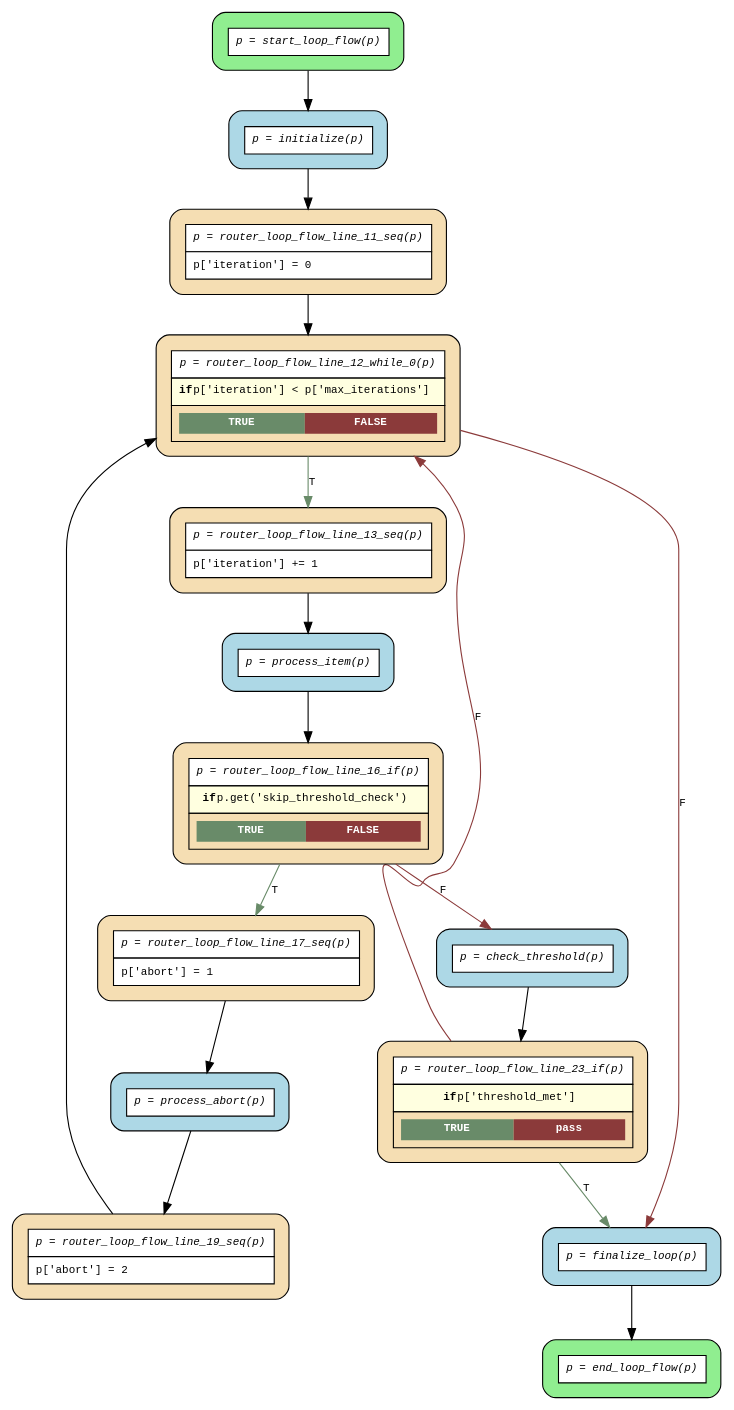
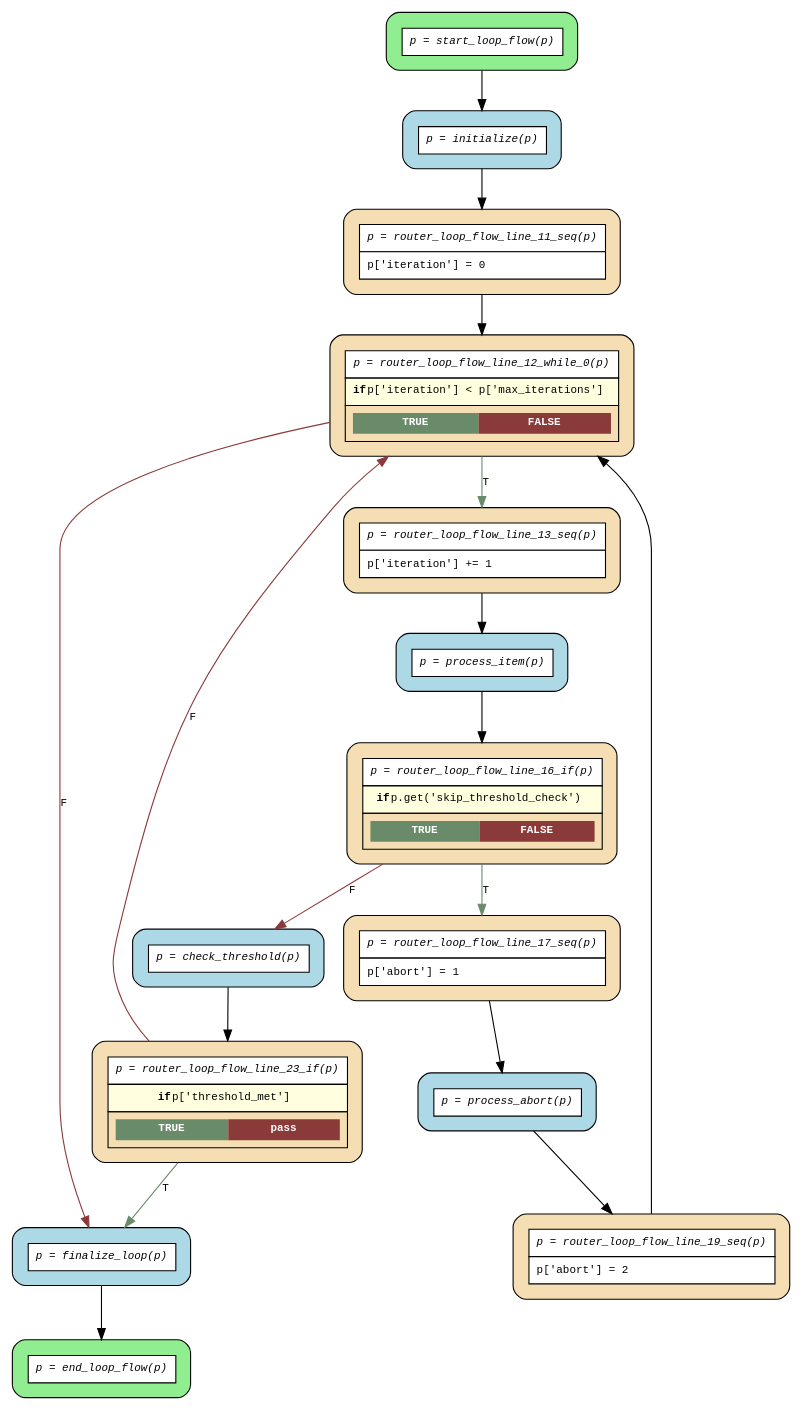
One commit to deliveryhero/asya changed the diagram in examples/flows/compiled/while_loop_processing/flow.dot. Above: the diagram before and after it, drawn with Graphviz. The commit also changed 71 other files, not shown here.

```diff
--- a/examples/flows/compiled/while_loop_processing/flow.dot
+++ b/examples/flows/compiled/while_loop_processing/flow.dot
@@ -1,38 +1,38 @@
 digraph flow {
   rankdir=TB;
   graph [fontname="Courier", fontsize=10];
   node [fontname="Courier", fontsize=10, shape=box, style="filled,rounded", margin="0.2"];
   edge [fontname="Courier", fontsize=10];
 
-  start_loop_flow [fillcolor="lightgreen", label=<<table border="0" cellspacing="0" cellpadding="6" cellborder="1"><tr><td bgcolor="white" align="center"><i>p = start_loop_flow(p)</i></td></tr></table>>];
-  router_loop_flow_line_19_seq [fillcolor="wheat", label=<<table border="0" cellspacing="0" cellpadding="6" cellborder="1"><tr><td bgcolor="white" align="center"><i>p = router_loop_flow_line_19_seq(p)</i></td></tr><tr><td bgcolor="white" align="left">p['abort'] = 2</td></tr></table>>];
-  router_loop_flow_line_17_seq [fillcolor="wheat", label=<<table border="0" cellspacing="0" cellpadding="6" cellborder="1"><tr><td bgcolor="white" align="center"><i>p = router_loop_flow_line_17_seq(p)</i></td></tr><tr><td bgcolor="white" align="left">p['abort'] = 1</td></tr></table>>];
-  router_loop_flow_line_23_if [fillcolor="wheat", label=<<table border="0" cellspacing="0" cellpadding="6" cellborder="1"><tr><td bgcolor="white" align="center"><i>p = router_loop_flow_line_23_if(p)</i></td></tr><tr><td bgcolor="lightyellow"><b>if</b> p['threshold_met']</td></tr><tr><td><table border="0" cellspacing="0" cellpadding="4"><tr><td bgcolor="darkseagreen4"><font color="white"><b>TRUE</b></font></td><td bgcolor="indianred4"><font color="white"><b>pass</b></font></td></tr></table></td></tr></table>>];
-  router_loop_flow_line_16_if [fillcolor="wheat", label=<<table border="0" cellspacing="0" cellpadding="6" cellborder="1"><tr><td bgcolor="white" align="center"><i>p = router_loop_flow_line_16_if(p)</i></td></tr><tr><td bgcolor="lightyellow"><b>if</b> p.get('skip_threshold_check')</td></tr><tr><td><table border="0" cellspacing="0" cellpadding="4"><tr><td bgcolor="darkseagreen4"><font color="white"><b>TRUE</b></font></td><td bgcolor="indianred4"><font color="white"><b>FALSE</b></font></td></tr></table></td></tr></table>>];
-  router_loop_flow_line_13_seq [fillcolor="wheat", label=<<table border="0" cellspacing="0" cellpadding="6" cellborder="1"><tr><td bgcolor="white" align="center"><i>p = router_loop_flow_line_13_seq(p)</i></td></tr><tr><td bgcolor="white" align="left">p['iteration'] += 1</td></tr></table>>];
-  router_loop_flow_line_12_while_0 [fillcolor="wheat", label=<<table border="0" cellspacing="0" cellpadding="6" cellborder="1"><tr><td bgcolor="white" align="center"><i>p = router_loop_flow_line_12_while_0(p)</i></td></tr><tr><td bgcolor="lightyellow"><b>if</b> p['iteration'] &lt; p['max_iterations']</td></tr><tr><td><table border="0" cellspacing="0" cellpadding="4"><tr><td bgcolor="darkseagreen4"><font color="white"><b>TRUE</b></font></td><td bgcolor="indianred4"><font color="white"><b>FALSE</b></font></td></tr></table></td></tr></table>>];
-  router_loop_flow_line_11_seq [fillcolor="wheat", label=<<table border="0" cellspacing="0" cellpadding="6" cellborder="1"><tr><td bgcolor="white" align="center"><i>p = router_loop_flow_line_11_seq(p)</i></td></tr><tr><td bgcolor="white" align="left">p['iteration'] = 0</td></tr></table>>];
-  end_loop_flow [fillcolor="lightgreen", label=<<table border="0" cellspacing="0" cellpadding="6" cellborder="1"><tr><td bgcolor="white" align="center"><i>p = end_loop_flow(p)</i></td></tr></table>>];
+  start_loop_flow [fillcolor="lightgreen", group="main", label=<<table border="0" cellspacing="0" cellpadding="6" cellborder="1"><tr><td bgcolor="white" align="center"><i>p = start_loop_flow(p)</i></td></tr></table>>];
+  router_loop_flow_line_19_seq [fillcolor="wheat", group="main", label=<<table border="0" cellspacing="0" cellpadding="6" cellborder="1"><tr><td bgcolor="white" align="center"><i>p = router_loop_flow_line_19_seq(p)</i></td></tr><tr><td bgcolor="white" align="left">p['abort'] = 2</td></tr></table>>];
+  router_loop_flow_line_17_seq [fillcolor="wheat", group="main", label=<<table border="0" cellspacing="0" cellpadding="6" cellborder="1"><tr><td bgcolor="white" align="center"><i>p = router_loop_flow_line_17_seq(p)</i></td></tr><tr><td bgcolor="white" align="left">p['abort'] = 1</td></tr></table>>];
+  router_loop_flow_line_23_if [fillcolor="wheat", group="main", label=<<table border="0" cellspacing="0" cellpadding="6" cellborder="1"><tr><td bgcolor="white" align="center"><i>p = router_loop_flow_line_23_if(p)</i></td></tr><tr><td bgcolor="lightyellow"><b>if</b> p['threshold_met']</td></tr><tr><td><table border="0" cellspacing="0" cellpadding="4"><tr><td bgcolor="darkseagreen4"><font color="white"><b>TRUE</b></font></td><td bgcolor="indianred4"><font color="white"><b>pass</b></font></td></tr></table></td></tr></table>>];
+  router_loop_flow_line_16_if [fillcolor="wheat", group="main", label=<<table border="0" cellspacing="0" cellpadding="6" cellborder="1"><tr><td bgcolor="white" align="center"><i>p = router_loop_flow_line_16_if(p)</i></td></tr><tr><td bgcolor="lightyellow"><b>if</b> p.get('skip_threshold_check')</td></tr><tr><td><table border="0" cellspacing="0" cellpadding="4"><tr><td bgcolor="darkseagreen4"><font color="white"><b>TRUE</b></font></td><td bgcolor="indianred4"><font color="white"><b>FALSE</b></font></td></tr></table></td></tr></table>>];
+  router_loop_flow_line_13_seq [fillcolor="wheat", group="main", label=<<table border="0" cellspacing="0" cellpadding="6" cellborder="1"><tr><td bgcolor="white" align="center"><i>p = router_loop_flow_line_13_seq(p)</i></td></tr><tr><td bgcolor="white" align="left">p['iteration'] += 1</td></tr></table>>];
+  router_loop_flow_line_12_while_0 [fillcolor="wheat", group="main", label=<<table border="0" cellspacing="0" cellpadding="6" cellborder="1"><tr><td bgcolor="white" align="center"><i>p = router_loop_flow_line_12_while_0(p)</i></td></tr><tr><td bgcolor="lightyellow"><b>if</b> p['iteration'] &lt; p['max_iterations']</td></tr><tr><td><table border="0" cellspacing="0" cellpadding="4"><tr><td bgcolor="darkseagreen4"><font color="white"><b>TRUE</b></font></td><td bgcolor="indianred4"><font color="white"><b>FALSE</b></font></td></tr></table></td></tr></table>>];
+  router_loop_flow_line_11_seq [fillcolor="wheat", group="main", label=<<table border="0" cellspacing="0" cellpadding="6" cellborder="1"><tr><td bgcolor="white" align="center"><i>p = router_loop_flow_line_11_seq(p)</i></td></tr><tr><td bgcolor="white" align="left">p['iteration'] = 0</td></tr></table>>];
+  end_loop_flow [fillcolor="lightgreen", group="main", label=<<table border="0" cellspacing="0" cellpadding="6" cellborder="1"><tr><td bgcolor="white" align="center"><i>p = end_loop_flow(p)</i></td></tr></table>>];
   check_threshold [fillcolor="lightblue", label=<<table border="0" cellspacing="0" cellpadding="6" cellborder="1"><tr><td bgcolor="white" align="center"><i>p = check_threshold(p)</i></td></tr></table>>];
   finalize_loop [fillcolor="lightblue", label=<<table border="0" cellspacing="0" cellpadding="6" cellborder="1"><tr><td bgcolor="white" align="center"><i>p = finalize_loop(p)</i></td></tr></table>>];
   initialize [fillcolor="lightblue", label=<<table border="0" cellspacing="0" cellpadding="6" cellborder="1"><tr><td bgcolor="white" align="center"><i>p = initialize(p)</i></td></tr></table>>];
   process_abort [fillcolor="lightblue", label=<<table border="0" cellspacing="0" cellpadding="6" cellborder="1"><tr><td bgcolor="white" align="center"><i>p = process_abort(p)</i></td></tr></table>>];
   process_item [fillcolor="lightblue", label=<<table border="0" cellspacing="0" cellpadding="6" cellborder="1"><tr><td bgcolor="white" align="center"><i>p = process_item(p)</i></td></tr></table>>];
 
   check_threshold -> router_loop_flow_line_23_if;
   finalize_loop -> end_loop_flow;
   initialize -> router_loop_flow_line_11_seq;
   process_abort -> router_loop_flow_line_19_seq;
   process_item -> router_loop_flow_line_16_if;
   router_loop_flow_line_11_seq -> router_loop_flow_line_12_while_0;
   router_loop_flow_line_12_while_0 -> finalize_loop [label="F", color=indianred4];
   router_loop_flow_line_12_while_0 -> router_loop_flow_line_13_seq [label="T", color=darkseagreen4];
   router_loop_flow_line_13_seq -> process_item;
   router_loop_flow_line_16_if -> check_threshold [label="F", color=indianred4];
   router_loop_flow_line_16_if -> router_loop_flow_line_17_seq [label="T", color=darkseagreen4];
   router_loop_flow_line_17_seq -> process_abort;
   router_loop_flow_line_19_seq -> router_loop_flow_line_12_while_0;
   router_loop_flow_line_23_if -> finalize_loop [label="T", color=darkseagreen4];
   router_loop_flow_line_23_if -> router_loop_flow_line_12_while_0 [label="F", color=indianred4, constraint=false];
   start_loop_flow -> initialize;
 }
```
